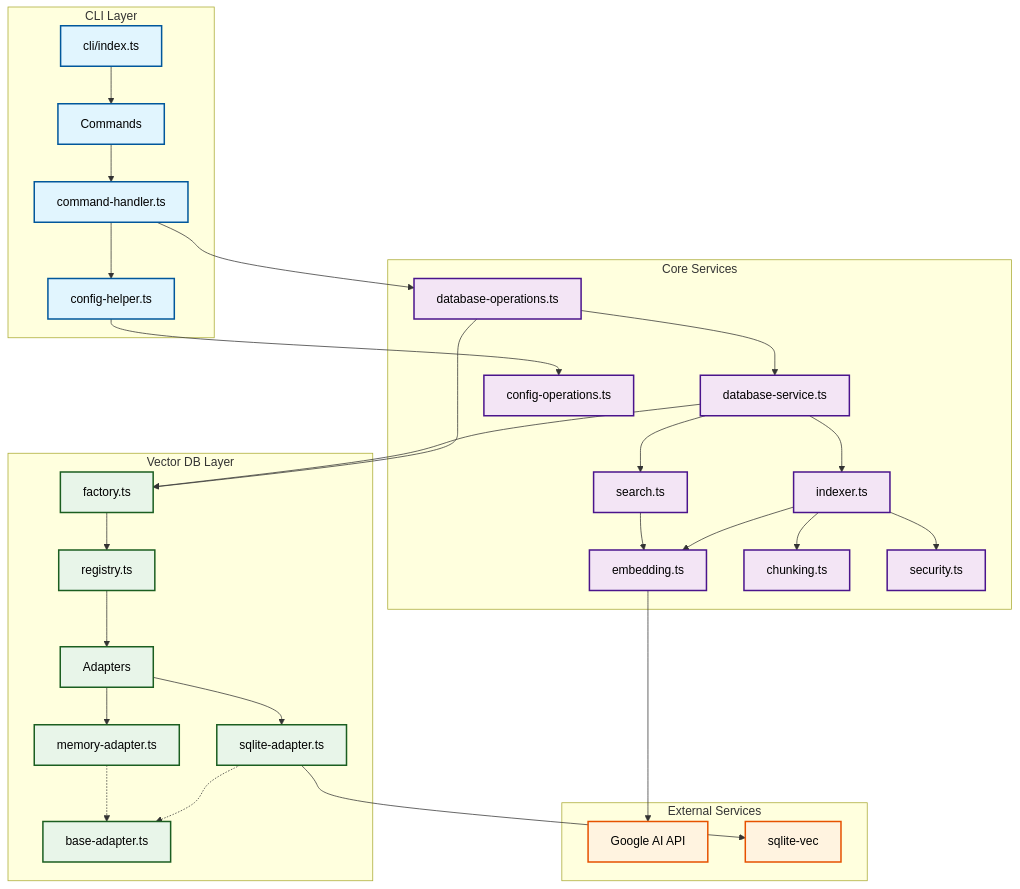
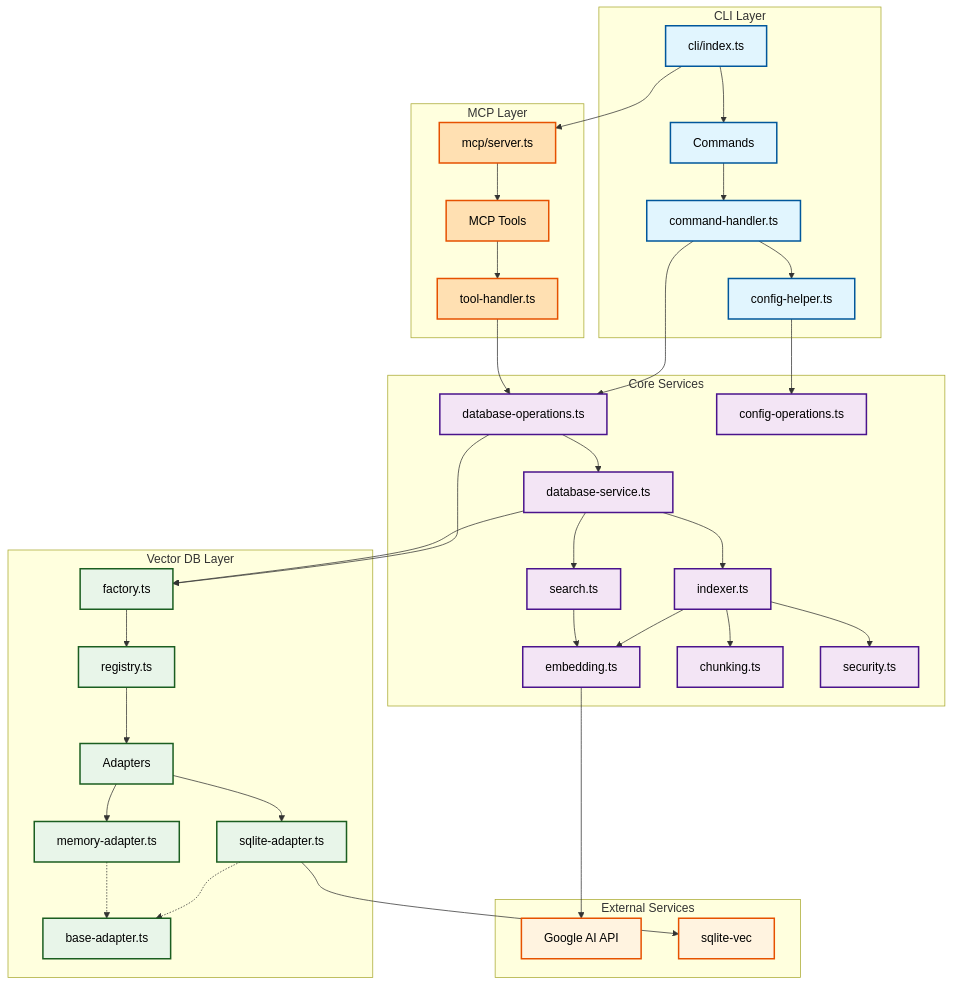
Before and after one commit to ushironoko/ragist: the diagram in README.md, drawn with Mermaid. The commit also changed other lines of this file and 19 other files, not shown here.

```diff
--- a/README.md
+++ b/README.md
@@ -311,6 +363,12 @@
         Commands[Commands]
         CommandHandler[command-handler.ts]
         ConfigHelper[config-helper.ts]
+    end
+
+    subgraph "MCP Layer"
+        MCPServer[mcp/server.ts]
+        MCPTools[MCP Tools]
+        ToolHandler[tool-handler.ts]
     end
 
     subgraph "Core Services"
@@ -340,10 +398,16 @@
 
     %% CLI Layer relationships
     CLI --> Commands
+    CLI --> MCPServer
     Commands --> CommandHandler
     CommandHandler --> ConfigHelper
     CommandHandler --> DatabaseOps
     ConfigHelper --> ConfigOps
+    
+    %% MCP Layer relationships
+    MCPServer --> MCPTools
+    MCPTools --> ToolHandler
+    ToolHandler --> DatabaseOps
 
     %% Core Services relationships
     DatabaseOps --> DatabaseService
@@ -370,11 +434,13 @@
 
     %% Styling with black text for readability in dark mode
     classDef cli fill:#e1f5fe,stroke:#01579b,stroke-width:2px,color:#000
+    classDef mcp fill:#ffe0b2,stroke:#e65100,stroke-width:2px,color:#000
     classDef core fill:#f3e5f5,stroke:#4a148c,stroke-width:2px,color:#000
     classDef db fill:#e8f5e9,stroke:#1b5e20,stroke-width:2px,color:#000
     classDef external fill:#fff3e0,stroke:#e65100,stroke-width:2px,color:#000
 
     class CLI,Commands,CommandHandler,ConfigHelper cli
+    class MCPServer,MCPTools,ToolHandler mcp
     class DatabaseOps,DatabaseService,ConfigOps,Indexer,Search,Embedding,Chunking,Security core
     class Factory,Registry,Adapters,SQLiteAdapter,MemoryAdapter,BaseAdapter db
     class GoogleAI,SQLiteVec external
```
